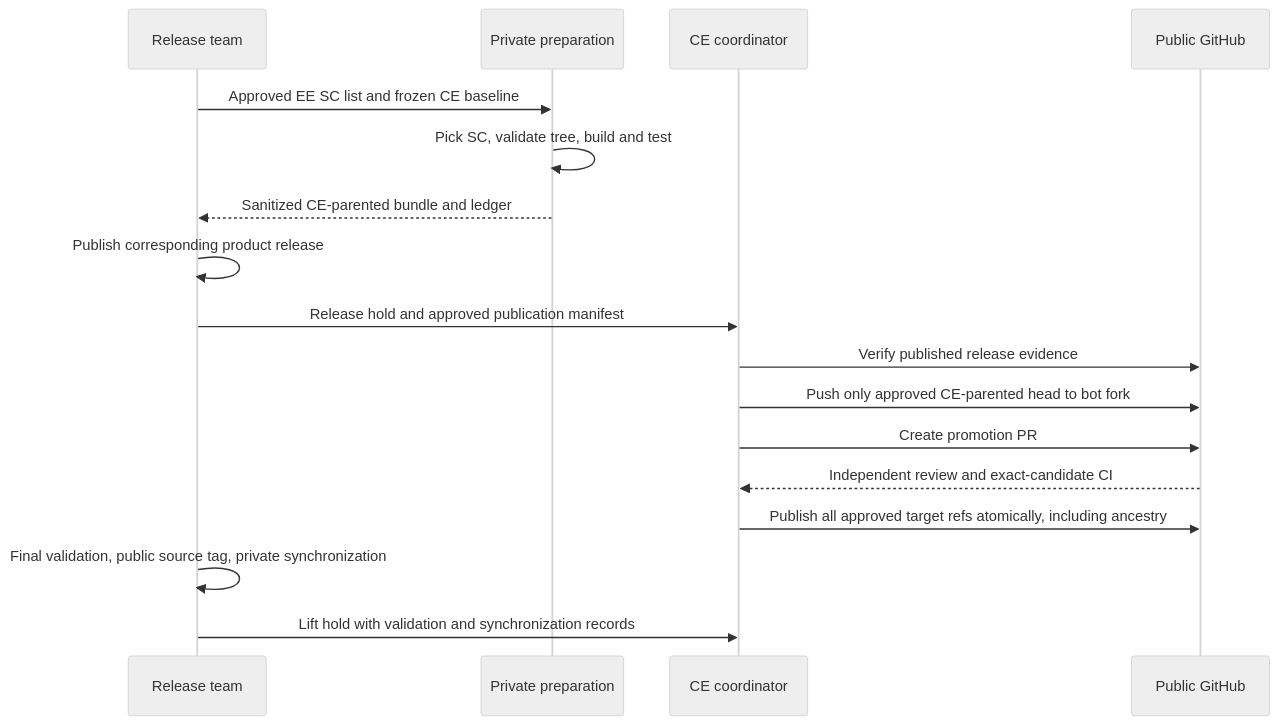
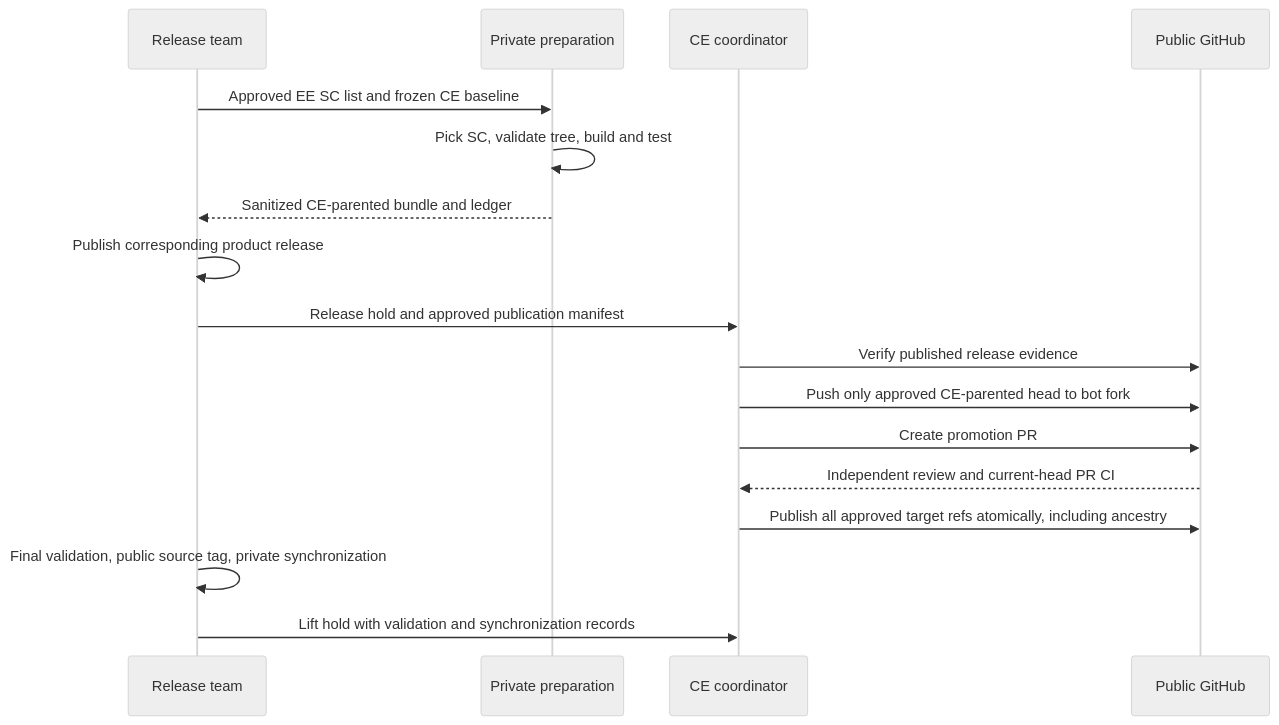
The third of 3 diagrams in Docs/ce-merge-process.md (RidhaOracle/mysql-server), drawn with Mermaid (neutral theme) before and after one commit. The commit also changed other lines of this file and 7 other files, not shown here.

Commit message:
Reuse current-head CI across target advances without extra PRs

````diff
--- a/Docs/ce-merge-process.md
+++ b/Docs/ce-merge-process.md
@@ -436,19 +409,19 @@
 ```mermaid
 sequenceDiagram
     participant R as Release team
     participant P as Private preparation
     participant C as CE coordinator
     participant G as Public GitHub
     R->>P: Approved EE SC list and frozen CE baseline
     P->>P: Pick SC, validate tree, build and test
     P-->>R: Sanitized CE-parented bundle and ledger
     R->>R: Publish corresponding product release
     R->>C: Release hold and approved publication manifest
     C->>G: Verify published release evidence
     C->>G: Push only approved CE-parented head to bot fork
     C->>G: Create promotion PR
-    G-->>C: Independent review and exact-candidate CI
+    G-->>C: Independent review and current-head PR CI
     C->>G: Publish all approved target refs atomically, including ancestry
     R->>R: Final validation, public source tag, private synchronization
     R->>C: Lift hold with validation and synchronization records
 ```
````
